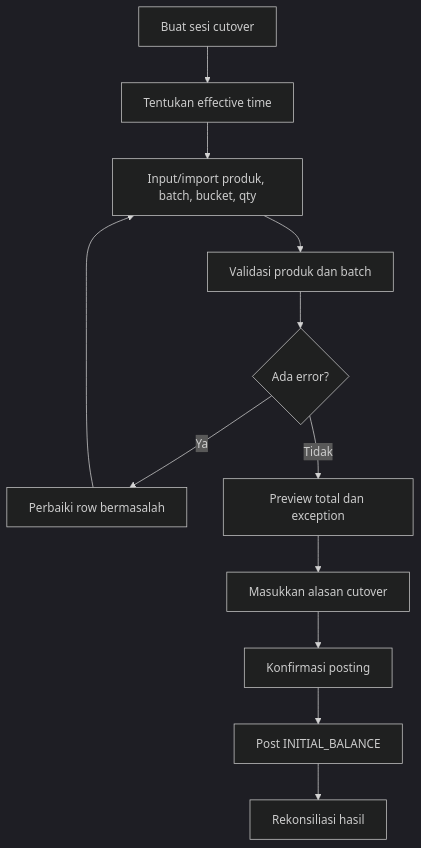
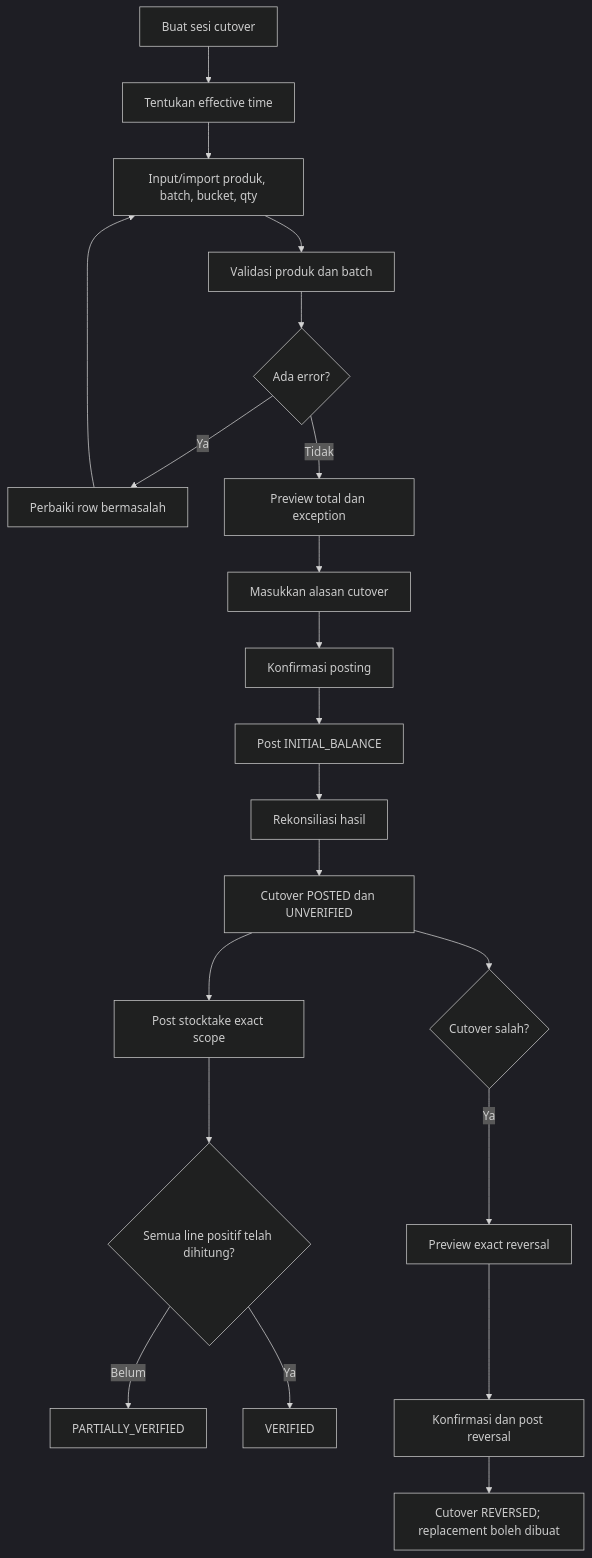
One commit to Fals-Code/stok-reconciliation-system changed the fourth of 9 diagrams in docs/06-user-roles-and-flows.md. Above: the diagram before and after it, drawn with Mermaid (dark theme). The commit also changed other lines of this file and 23 other files, not shown here.

````diff
--- a/docs/06-user-roles-and-flows.md
+++ b/docs/06-user-roles-and-flows.md
@@ -721,14 +721,23 @@
 ```mermaid
 flowchart TD
     A[Buat sesi cutover] --> B[Tentukan effective time]
     B --> C[Input/import produk, batch, bucket, qty]
     C --> D[Validasi produk dan batch]
     D --> E{Ada error?}
     E -- Ya --> F[Perbaiki row bermasalah]
     F --> C
     E -- Tidak --> G[Preview total dan exception]
     G --> H[Masukkan alasan cutover]
     H --> I[Konfirmasi posting]
     I --> J[Post INITIAL_BALANCE]
     J --> K[Rekonsiliasi hasil]
+    K --> L[Cutover POSTED dan UNVERIFIED]
+    L --> M[Post stocktake exact scope]
+    M --> N{Semua line positif telah dihitung?}
+    N -- Belum --> O[PARTIALLY_VERIFIED]
+    N -- Ya --> P[VERIFIED]
+    L --> Q{Cutover salah?}
+    Q -- Ya --> R[Preview exact reversal]
+    R --> S[Konfirmasi dan post reversal]
+    S --> T[Cutover REVERSED; replacement boleh dibuat]
 ```
````
